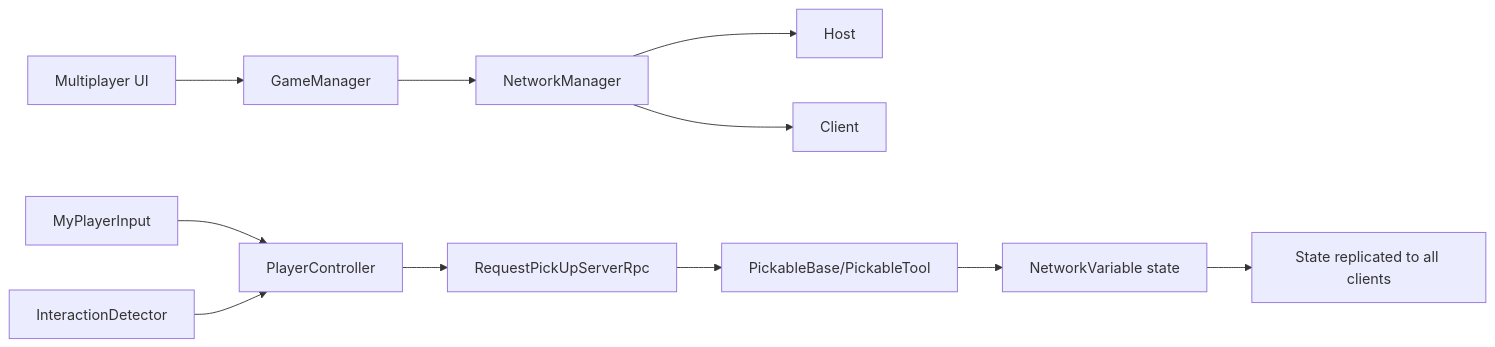
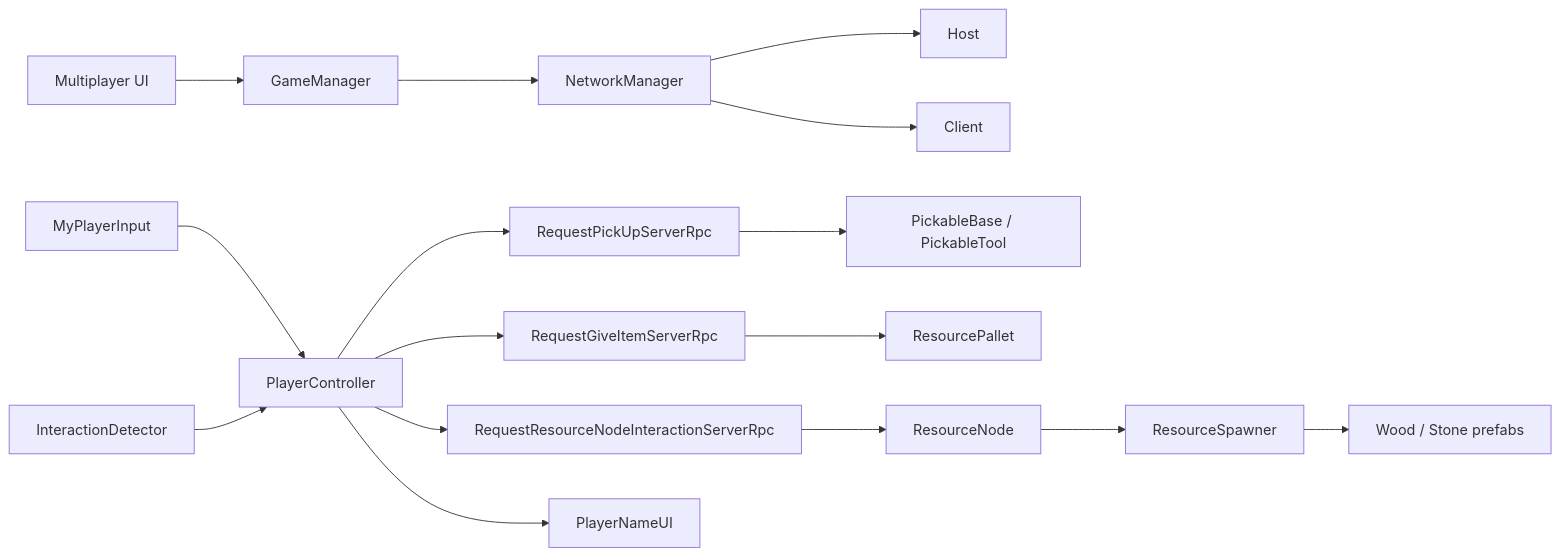
The first of 4 diagrams in MULTIPLAYER_DEVELOPMENT_GUIDE.md (zmwebdev/Unity-Multiplayer-Tutorial-SVS), drawn with Mermaid before and after one commit. The commit also changed other lines of this file and 1 other file, not shown here.

````diff
--- a/MULTIPLAYER_DEVELOPMENT_GUIDE.md
+++ b/MULTIPLAYER_DEVELOPMENT_GUIDE.md
@@ -24,14 +25,19 @@
 ```mermaid
 flowchart LR
     UI[Multiplayer UI] --> GM[GameManager]
     GM --> NM[NetworkManager]
     NM --> Host[Host]
     NM --> Client[Client]
 
     PlayerInput[MyPlayerInput] --> PC[PlayerController]
     Detector[InteractionDetector] --> PC
-    PC --> SRPC[RequestPickUpServerRpc]
-    SRPC --> Pickable[PickableBase/PickableTool]
-    Pickable --> NV[NetworkVariable state]
-    NV --> AllClients[State replicated to all clients]
+    PC --> RPC1[RequestPickUpServerRpc]
+    PC --> RPC2[RequestGiveItemServerRpc]
+    PC --> RPC3[RequestResourceNodeInteractionServerRpc]
+    RPC1 --> Pickable[PickableBase / PickableTool]
+    RPC2 --> Pallet[ResourcePallet]
+    RPC3 --> Node[ResourceNode]
+    Node --> Spawner[ResourceSpawner]
+    Spawner --> Resources[Wood / Stone prefabs]
+    PC --> NameUI[PlayerNameUI]
 ```
````
